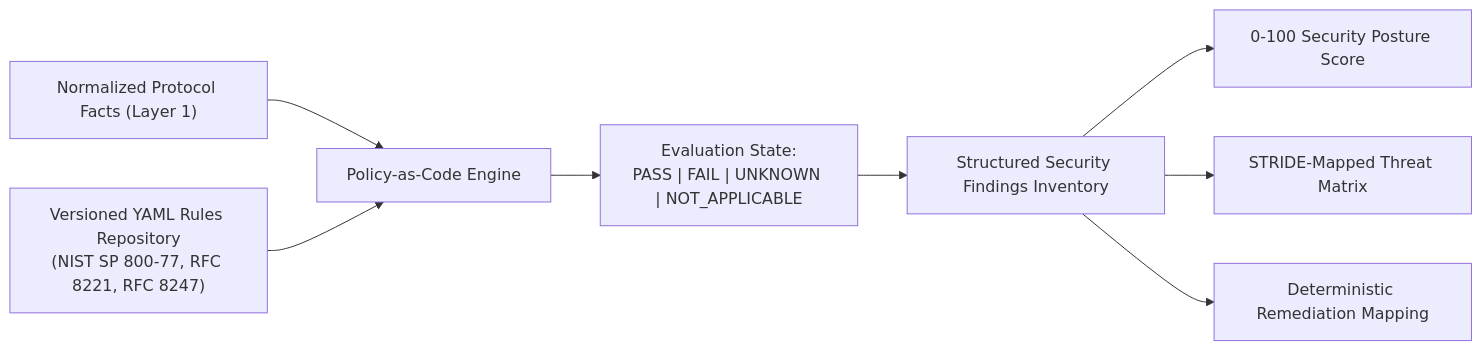
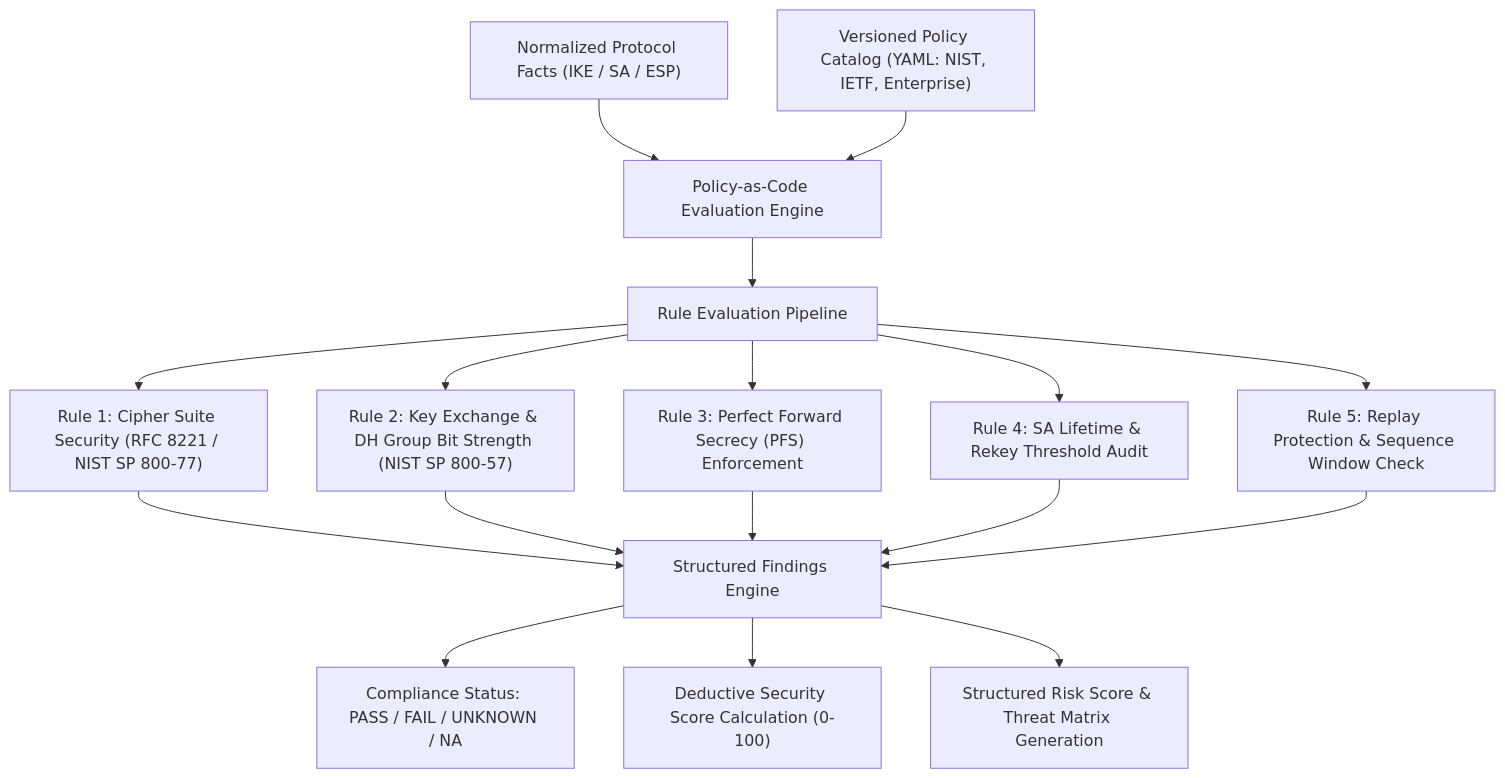
One commit to sharancode3/TunnelTrace-AI changed the seventh of 14 diagrams in docs/TUNNELTRACE_AI_MASTER_DOCUMENT.md. Above: the diagram before and after it, drawn with Mermaid. The commit also changed other lines of this file, not shown here.

Commit message:
docs: update mentor master document with 60-part structure, markdown tables, and validated mermaid diagrams

````diff
--- a/docs/TUNNELTRACE_AI_MASTER_DOCUMENT.md
+++ b/docs/TUNNELTRACE_AI_MASTER_DOCUMENT.md
@@ -571,11 +643,22 @@
 ```mermaid
-graph LR
-    FACTS["Normalized Protocol Facts (Layer 1)"] --> POL_ENG["Policy-as-Code Engine"]
-    YAML["Versioned YAML Rules Repository<br/>(NIST SP 800-77, RFC 8221, RFC 8247)"] --> POL_ENG
+graph TD
+    A["Normalized Protocol Facts (IKE / SA / ESP)"] --> B["Policy-as-Code Evaluation Engine"]
+    C["Versioned Policy Catalog (YAML: NIST, IETF, Enterprise)"] --> B
     
-    POL_ENG --> AUDIT["Evaluation State:<br/>PASS | FAIL | UNKNOWN | NOT_APPLICABLE"]
-    AUDIT --> FINDINGS["Structured Security Findings Inventory"]
-    FINDINGS --> SCORE["0-100 Security Posture Score"]
-    FINDINGS --> THREAT["STRIDE-Mapped Threat Matrix"]
-    FINDINGS --> REMED_LOOKUP["Deterministic Remediation Mapping"]
+    B --> D["Rule Evaluation Pipeline"]
+    D --> E["Rule 1: Cipher Suite Security (RFC 8221 / NIST SP 800-77)"]
+    D --> F["Rule 2: Key Exchange & DH Group Bit Strength (NIST SP 800-57)"]
+    D --> G["Rule 3: Perfect Forward Secrecy (PFS) Enforcement"]
+    D --> H["Rule 4: SA Lifetime & Rekey Threshold Audit"]
+    D --> I["Rule 5: Replay Protection & Sequence Window Check"]
+    
+    E --> J["Structured Findings Engine"]
+    F --> J
+    G --> J
+    H --> J
+    I --> J
+    
+    J --> K["Compliance Status: PASS / FAIL / UNKNOWN / NA"]
+    J --> L["Deductive Security Score Calculation (0-100)"]
+    J --> M["Structured Risk Score & Threat Matrix Generation"]
 ```
````
